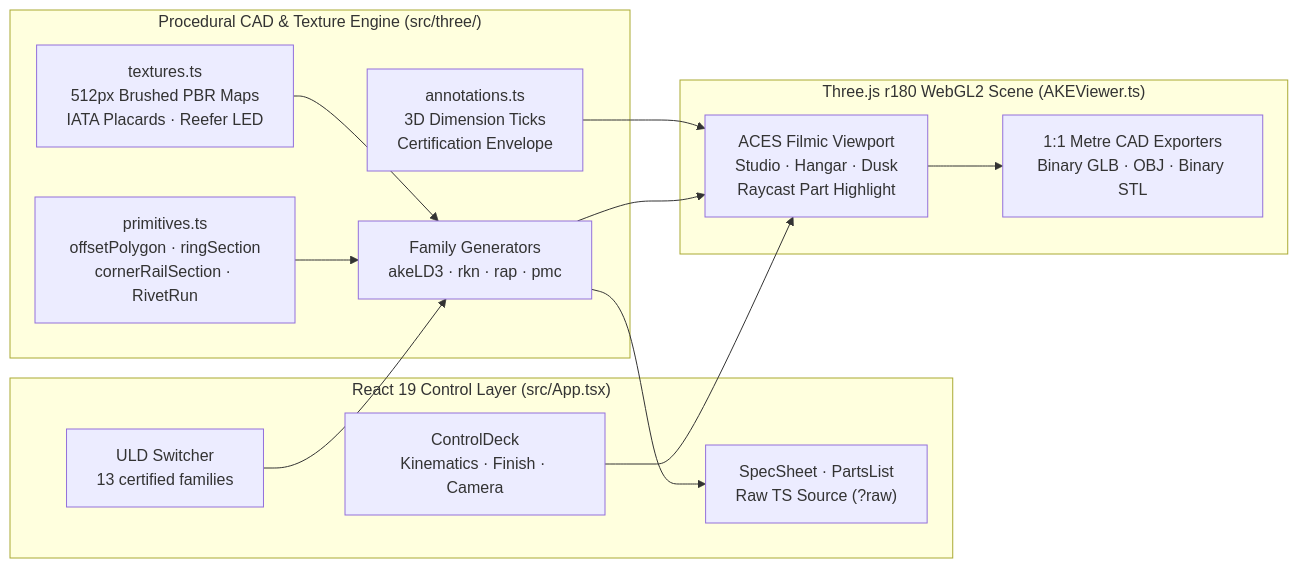
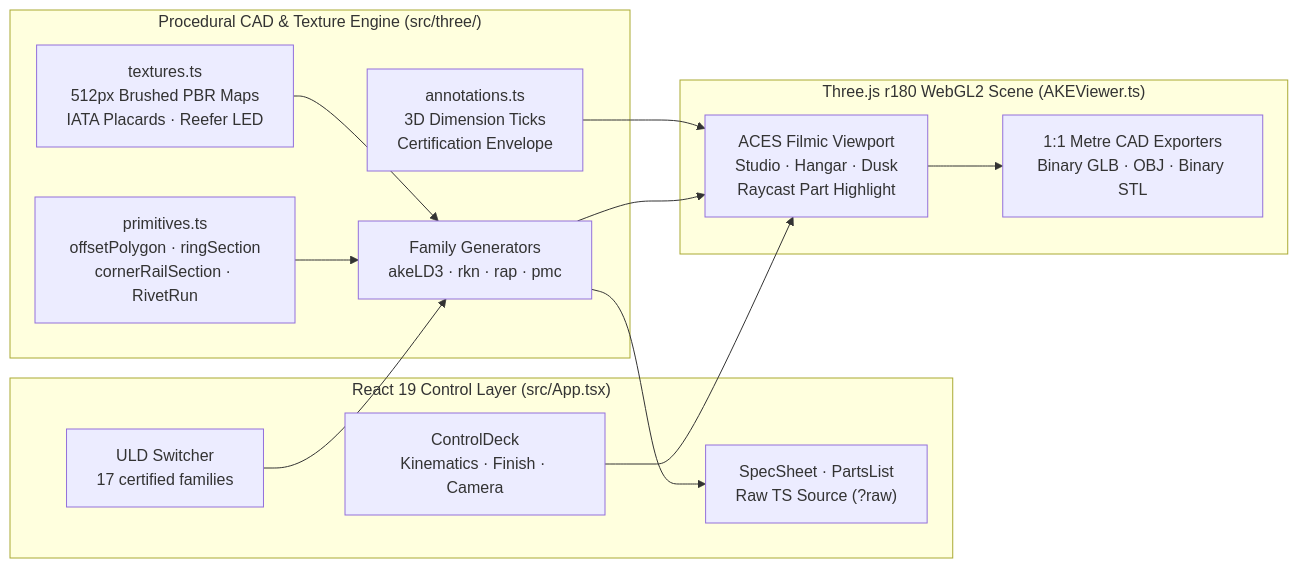
Before and after one commit to YASLOGIST/3D-Containers: the diagram in README.md, drawn with Mermaid. The commit also changed other lines of this file and 12 other files, not shown here.

````diff
--- a/README.md
+++ b/README.md
@@ -190,29 +218,29 @@
 ```mermaid
 flowchart LR
   subgraph UI["React 19 Control Layer (src/App.tsx)"]
-    Switch["ULD Switcher\n13 certified families"]
+    Switch["ULD Switcher\n17 certified families"]
     Deck["ControlDeck\nKinematics · Finish · Camera"]
     Inspector["SpecSheet · PartsList\nRaw TS Source (?raw)"]
   end
 
   subgraph Kernel["Procedural CAD & Texture Engine (src/three/)"]
     Prim["primitives.ts\noffsetPolygon · ringSection\ncornerRailSection · RivetRun"]
     Gen["Family Generators\nakeLD3 · rkn · rap · pmc"]
     Tex["textures.ts\n512px Brushed PBR Maps\nIATA Placards · Reefer LED"]
     Ann["annotations.ts\n3D Dimension Ticks\nCertification Envelope"]
   end
 
   subgraph Runtime["Three.js r180 WebGL2 Scene (AKEViewer.ts)"]
     Scene["ACES Filmic Viewport\nStudio · Hangar · Dusk\nRaycast Part Highlight"]
     Export["1:1 Metre CAD Exporters\nBinary GLB · OBJ · Binary STL"]
   end
 
   Switch --> Gen
   Deck --> Scene
   Prim --> Gen
   Tex --> Gen
   Gen --> Scene
   Ann --> Scene
   Gen --> Inspector
   Scene --> Export
 ```
````
